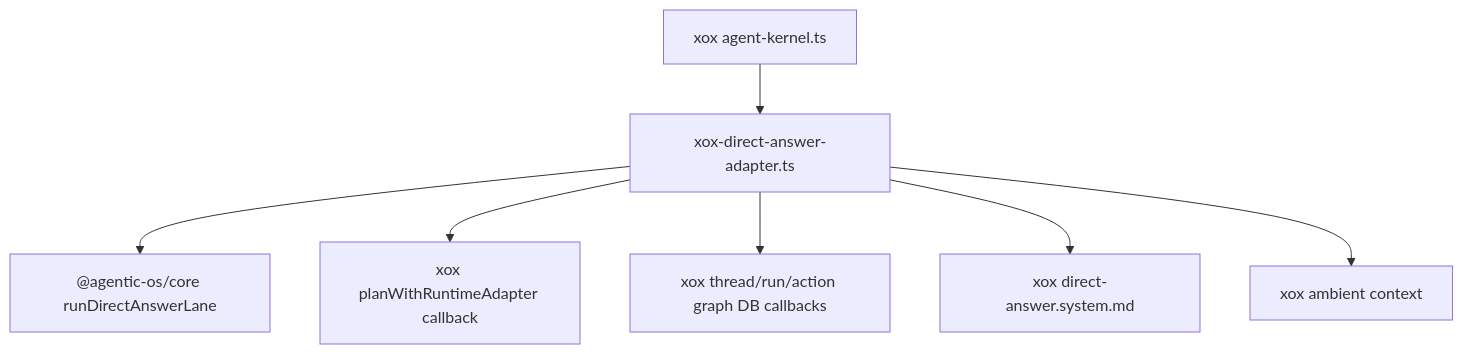
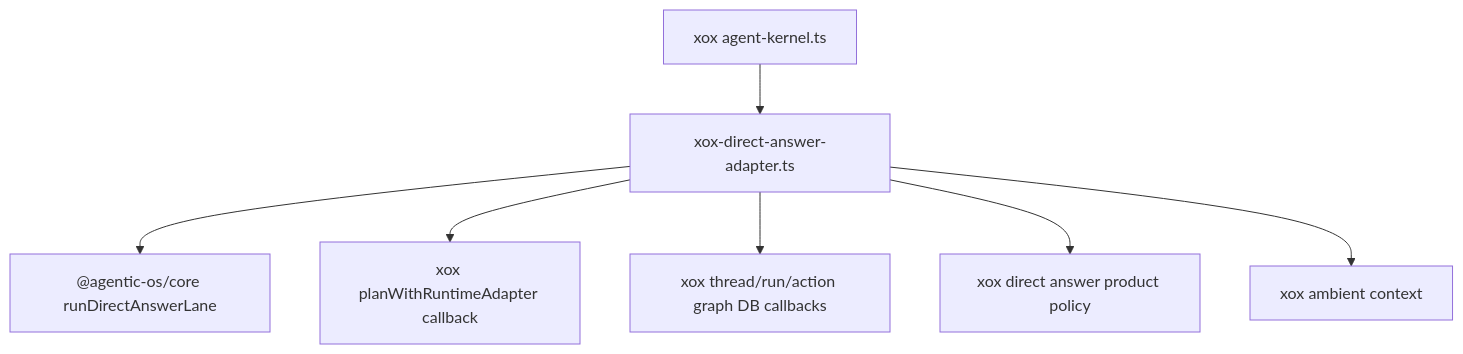
The diagram in docs/agentic-os-integration/m112-direct-answer-lane-core.md (Suysker/xox-model), drawn with Mermaid before and after one commit. The commit also changed other lines of this file and 10 other files, not shown here.

````diff
--- a/docs/agentic-os-integration/m112-direct-answer-lane-core.md
+++ b/docs/agentic-os-integration/m112-direct-answer-lane-core.md
@@ -40,9 +41,9 @@
 ```mermaid
 flowchart TD
     Kernel["xox agent-kernel.ts"] --> Adapter["xox-direct-answer-adapter.ts"]
     Adapter --> Lane["@agentic-os/core runDirectAnswerLane"]
     Adapter --> Runtime["xox planWithRuntimeAdapter callback"]
     Adapter --> Store["xox thread/run/action graph DB callbacks"]
-    Adapter --> Prompt["xox direct-answer.system.md"]
+    Adapter --> Prompt["xox direct answer product policy"]
     Adapter --> Ambient["xox ambient context"]
 ```
````
